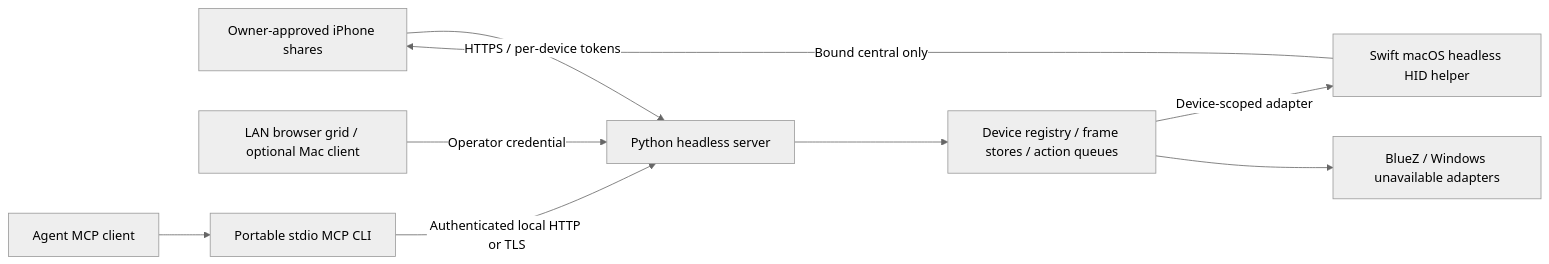
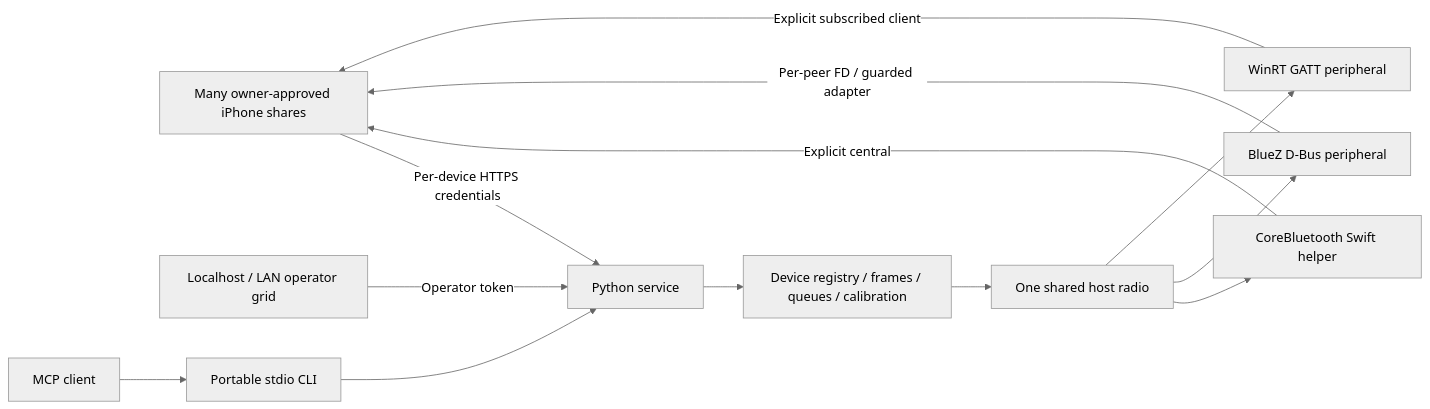
Before and after one commit to semsturgut/open-iphone-use: the diagram in docs/architecture.md, drawn with Mermaid (neutral theme). The commit also changed other lines of this file and 39 other files, not shown here.

Commit message:
wip: real platform HID backends, setup scripts and headless macOS serve (unfinished, Codex hit usage limit)

````diff
--- a/docs/architecture.md
+++ b/docs/architecture.md
@@ -8,11 +7,15 @@
 ```mermaid
 flowchart LR
-    I[Owner-approved iPhone shares] -->|HTTPS / per-device tokens| S[Python headless server]
-    B[LAN browser grid / optional Mac client] -->|Operator credential| S
-    A[Agent MCP client] --> M[Portable stdio MCP CLI]
-    M -->|Authenticated local HTTP or TLS| S
-    S --> D[Device registry / frame stores / action queues]
-    D -->|Device-scoped adapter| H[Swift macOS headless HID helper]
-    H -->|Bound central only| I
-    D --> P[BlueZ / Windows unavailable adapters]
+    I[Many owner-approved iPhone shares] -->|Per-device HTTPS credentials| P[Python service]
+    U[Localhost / LAN operator grid] -->|Operator token| P
+    A[MCP client] --> C[Portable stdio CLI]
+    C --> P
+    P --> D[Device registry / frames / queues / calibration]
+    D --> R[One shared host radio]
+    R --> M[CoreBluetooth Swift helper]
+    R --> L[BlueZ D-Bus peripheral]
+    R --> W[WinRT GATT peripheral]
+    M -->|Explicit central| I
+    L -->|Per-peer FD / guarded adapter| I
+    W -->|Explicit subscribed client| I
 ```
````
